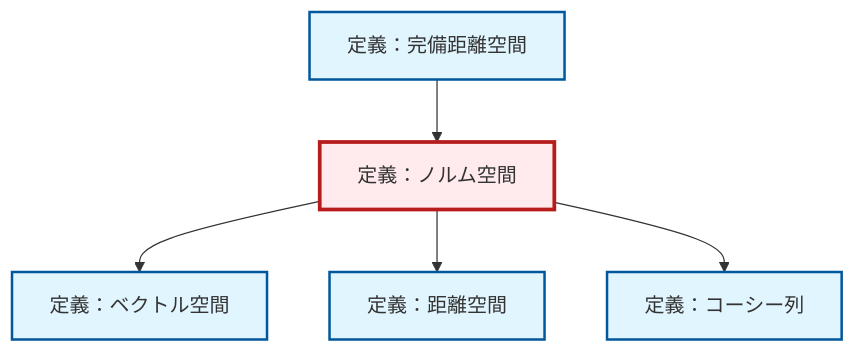
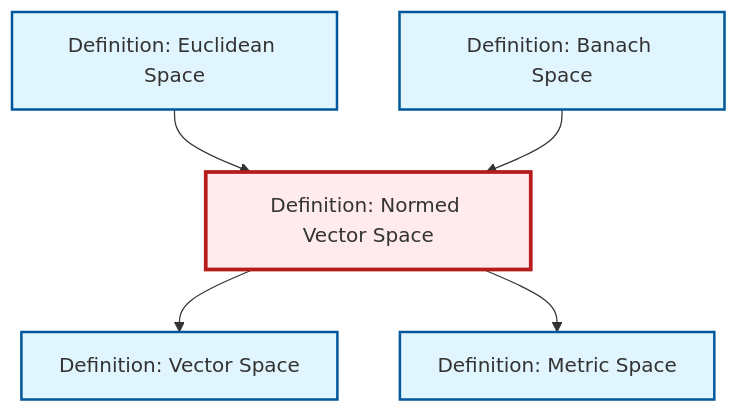
The diagram in content/ja/analysis/def-normed-vector-space.qmd (RK0429/ModernMath), drawn with Mermaid before and after one commit. The commit also changed other lines of this file and 581 other files, not shown here.

First line of the commit message:
feat: Add epimorphism definition and complete integral domain translations

````diff
--- a/content/ja/analysis/def-normed-vector-space.qmd
+++ b/content/ja/analysis/def-normed-vector-space.qmd
@@ -131,23 +132,23 @@
 ```{mermaid}
-%%| fig-cap: "ローカル依存関係グラフ"
+%%| fig-cap: "Local dependency graph"
 graph TD
     classDef definition fill:#e1f5fe,stroke:#01579b,stroke-width:2px
     classDef theorem fill:#f3e5f5,stroke:#4a148c,stroke-width:2px
     classDef axiom fill:#fff3e0,stroke:#e65100,stroke-width:2px
     classDef example fill:#e8f5e9,stroke:#1b5e20,stroke-width:2px
     classDef current fill:#ffebee,stroke:#b71c1c,stroke-width:3px
-    def-normed-vector-space["定義：ノルム空間"]:::definition
-    def-vector-space["定義：ベクトル空間"]:::definition
-    def-metric-space["定義：距離空間"]:::definition
-    def-complete-metric-space["定義：完備距離空間"]:::definition
-    def-cauchy-sequence["定義：コーシー列"]:::definition
+    def-vector-space["Definition: Vector Space"]:::definition
+    def-normed-vector-space["Definition: Normed Vector Space"]:::definition
+    def-euclidean-space["Definition: Euclidean Space"]:::definition
+    def-banach-space["Definition: Banach Space"]:::definition
+    def-metric-space["Definition: Metric Space"]:::definition
+    def-euclidean-space --> def-normed-vector-space
+    def-banach-space --> def-normed-vector-space
     def-normed-vector-space --> def-vector-space
     def-normed-vector-space --> def-metric-space
-    def-complete-metric-space --> def-normed-vector-space
-    def-normed-vector-space --> def-cauchy-sequence
     class def-normed-vector-space current
-    click def-vector-space "../algebra/def-vector-space.html" "ベクトル空間の定義へ"
-    click def-metric-space "def-metric-space.html" "距離空間の定義へ"
-    click def-complete-metric-space "def-complete-metric-space.html" "完備距離空間の定義へ"
-    click def-cauchy-sequence "def-cauchy-sequence.html" "コーシー列の定義へ"
+    click def-vector-space "def-vector-space.html" "Definition: Vector Spaceへ"
+    click def-euclidean-space "def-euclidean-space.html" "Definition: Euclidean Spaceへ"
+    click def-banach-space "def-banach-space.html" "Definition: Banach Spaceへ"
+    click def-metric-space "def-metric-space.html" "Definition: Metric Spaceへ"
 ```
````
